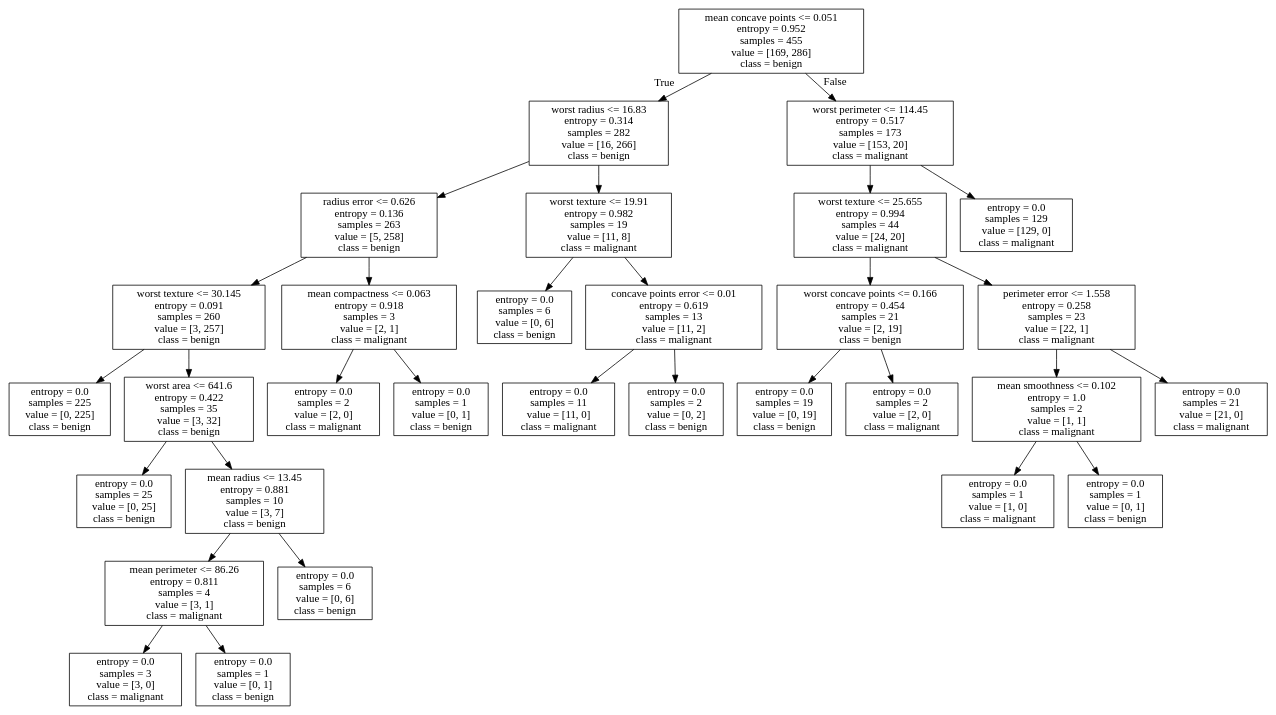
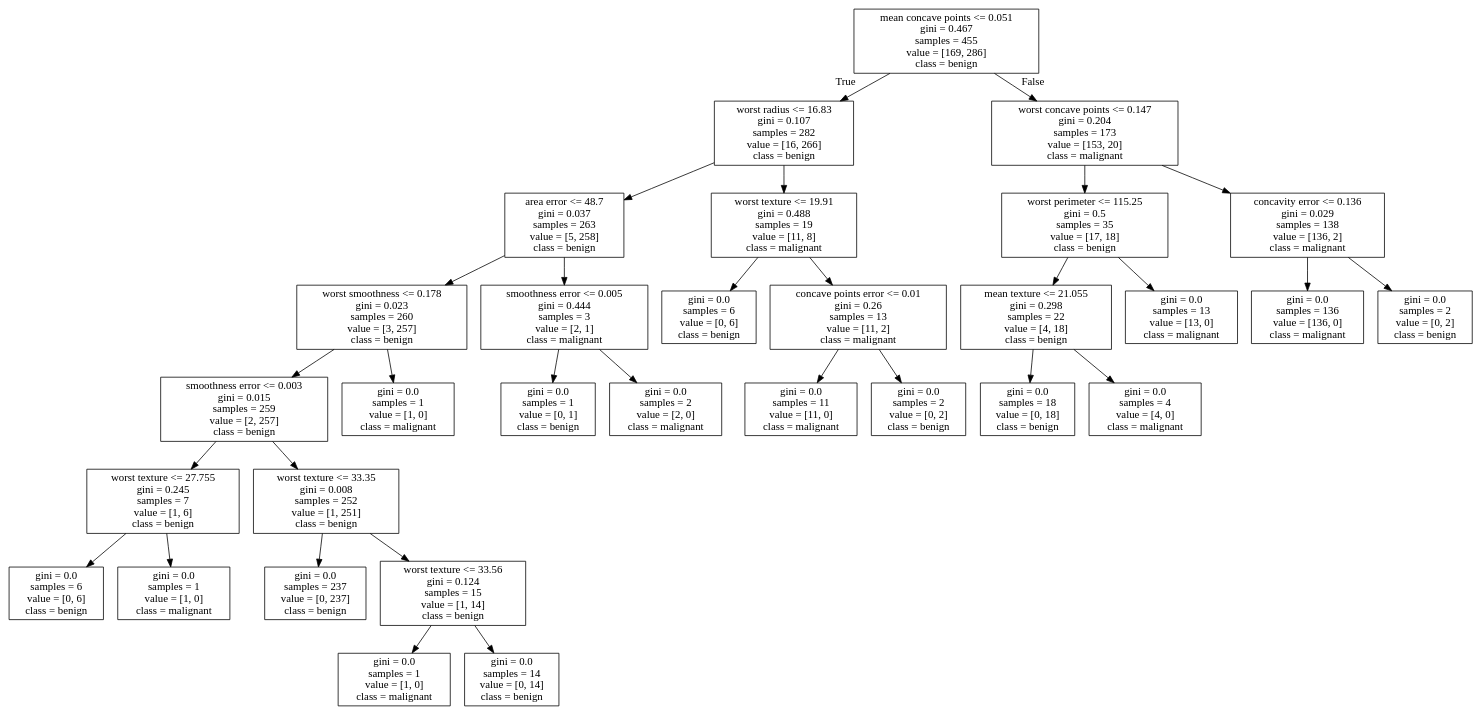
The diagram in P5_AplicacionML/tree.dot (Pedr0714/-CTE0156-holamundo), drawn with Graphviz before and after one commit. The commit also changed 1 other file, not shown here.

```diff
--- a/P5_AplicacionML/tree.dot
+++ b/P5_AplicacionML/tree.dot
@@ -1,64 +1,64 @@
 digraph Tree {
 node [shape=box] ;
-0 [label="mean concave points <= 0.051\nentropy = 0.952\nsamples = 455\nvalue = [169, 286]\nclass = benign"] ;
-1 [label="worst radius <= 16.83\nentropy = 0.314\nsamples = 282\nvalue = [16, 266]\nclass = benign"] ;
+0 [label="mean concave points <= 0.051\ngini = 0.467\nsamples = 455\nvalue = [169, 286]\nclass = benign"] ;
+1 [label="worst radius <= 16.83\ngini = 0.107\nsamples = 282\nvalue = [16, 266]\nclass = benign"] ;
 0 -> 1 [labeldistance=2.5, labelangle=45, headlabel="True"] ;
-2 [label="radius error <= 0.626\nentropy = 0.136\nsamples = 263\nvalue = [5, 258]\nclass = benign"] ;
+2 [label="area error <= 48.7\ngini = 0.037\nsamples = 263\nvalue = [5, 258]\nclass = benign"] ;
 1 -> 2 ;
-3 [label="worst texture <= 30.145\nentropy = 0.091\nsamples = 260\nvalue = [3, 257]\nclass = benign"] ;
+3 [label="worst smoothness <= 0.178\ngini = 0.023\nsamples = 260\nvalue = [3, 257]\nclass = benign"] ;
 2 -> 3 ;
-4 [label="entropy = 0.0\nsamples = 225\nvalue = [0, 225]\nclass = benign"] ;
+4 [label="smoothness error <= 0.003\ngini = 0.015\nsamples = 259\nvalue = [2, 257]\nclass = benign"] ;
 3 -> 4 ;
-5 [label="worst area <= 641.6\nentropy = 0.422\nsamples = 35\nvalue = [3, 32]\nclass = benign"] ;
-3 -> 5 ;
-6 [label="entropy = 0.0\nsamples = 25\nvalue = [0, 25]\nclass = benign"] ;
+5 [label="worst texture <= 27.755\ngini = 0.245\nsamples = 7\nvalue = [1, 6]\nclass = benign"] ;
+4 -> 5 ;
+6 [label="gini = 0.0\nsamples = 6\nvalue = [0, 6]\nclass = benign"] ;
 5 -> 6 ;
-7 [label="mean radius <= 13.45\nentropy = 0.881\nsamples = 10\nvalue = [3, 7]\nclass = benign"] ;
+7 [label="gini = 0.0\nsamples = 1\nvalue = [1, 0]\nclass = malignant"] ;
 5 -> 7 ;
-8 [label="mean perimeter <= 86.26\nentropy = 0.811\nsamples = 4\nvalue = [3, 1]\nclass = malignant"] ;
-7 -> 8 ;
-9 [label="entropy = 0.0\nsamples = 3\nvalue = [3, 0]\nclass = malignant"] ;
+8 [label="worst texture <= 33.35\ngini = 0.008\nsamples = 252\nvalue = [1, 251]\nclass = benign"] ;
+4 -> 8 ;
+9 [label="gini = 0.0\nsamples = 237\nvalue = [0, 237]\nclass = benign"] ;
 8 -> 9 ;
-10 [label="entropy = 0.0\nsamples = 1\nvalue = [0, 1]\nclass = benign"] ;
+10 [label="worst texture <= 33.56\ngini = 0.124\nsamples = 15\nvalue = [1, 14]\nclass = benign"] ;
 8 -> 10 ;
-11 [label="entropy = 0.0\nsamples = 6\nvalue = [0, 6]\nclass = benign"] ;
-7 -> 11 ;
-12 [label="mean compactness <= 0.063\nentropy = 0.918\nsamples = 3\nvalue = [2, 1]\nclass = malignant"] ;
-2 -> 12 ;
-13 [label="entropy = 0.0\nsamples = 2\nvalue = [2, 0]\nclass = malignant"] ;
-12 -> 13 ;
-14 [label="entropy = 0.0\nsamples = 1\nvalue = [0, 1]\nclass = benign"] ;
-12 -> 14 ;
-15 [label="worst texture <= 19.91\nentropy = 0.982\nsamples = 19\nvalue = [11, 8]\nclass = malignant"] ;
-1 -> 15 ;
-16 [label="entropy = 0.0\nsamples = 6\nvalue = [0, 6]\nclass = benign"] ;
-15 -> 16 ;
-17 [label="concave points error <= 0.01\nentropy = 0.619\nsamples = 13\nvalue = [11, 2]\nclass = malignant"] ;
-15 -> 17 ;
-18 [label="entropy = 0.0\nsamples = 11\nvalue = [11, 0]\nclass = malignant"] ;
+11 [label="gini = 0.0\nsamples = 1\nvalue = [1, 0]\nclass = malignant"] ;
+10 -> 11 ;
+12 [label="gini = 0.0\nsamples = 14\nvalue = [0, 14]\nclass = benign"] ;
+10 -> 12 ;
+13 [label="gini = 0.0\nsamples = 1\nvalue = [1, 0]\nclass = malignant"] ;
+3 -> 13 ;
+14 [label="smoothness error <= 0.005\ngini = 0.444\nsamples = 3\nvalue = [2, 1]\nclass = malignant"] ;
+2 -> 14 ;
+15 [label="gini = 0.0\nsamples = 1\nvalue = [0, 1]\nclass = benign"] ;
+14 -> 15 ;
+16 [label="gini = 0.0\nsamples = 2\nvalue = [2, 0]\nclass = malignant"] ;
+14 -> 16 ;
+17 [label="worst texture <= 19.91\ngini = 0.488\nsamples = 19\nvalue = [11, 8]\nclass = malignant"] ;
+1 -> 17 ;
+18 [label="gini = 0.0\nsamples = 6\nvalue = [0, 6]\nclass = benign"] ;
 17 -> 18 ;
-19 [label="entropy = 0.0\nsamples = 2\nvalue = [0, 2]\nclass = benign"] ;
+19 [label="concave points error <= 0.01\ngini = 0.26\nsamples = 13\nvalue = [11, 2]\nclass = malignant"] ;
 17 -> 19 ;
-20 [label="worst perimeter <= 114.45\nentropy = 0.517\nsamples = 173\nvalue = [153, 20]\nclass = malignant"] ;
-0 -> 20 [labeldistance=2.5, labelangle=-45, headlabel="False"] ;
-21 [label="worst texture <= 25.655\nentropy = 0.994\nsamples = 44\nvalue = [24, 20]\nclass = malignant"] ;
-20 -> 21 ;
-22 [label="worst concave points <= 0.166\nentropy = 0.454\nsamples = 21\nvalue = [2, 19]\nclass = benign"] ;
-21 -> 22 ;
-23 [label="entropy = 0.0\nsamples = 19\nvalue = [0, 19]\nclass = benign"] ;
+20 [label="gini = 0.0\nsamples = 11\nvalue = [11, 0]\nclass = malignant"] ;
+19 -> 20 ;
+21 [label="gini = 0.0\nsamples = 2\nvalue = [0, 2]\nclass = benign"] ;
+19 -> 21 ;
+22 [label="worst concave points <= 0.147\ngini = 0.204\nsamples = 173\nvalue = [153, 20]\nclass = malignant"] ;
+0 -> 22 [labeldistance=2.5, labelangle=-45, headlabel="False"] ;
+23 [label="worst perimeter <= 115.25\ngini = 0.5\nsamples = 35\nvalue = [17, 18]\nclass = benign"] ;
 22 -> 23 ;
-24 [label="entropy = 0.0\nsamples = 2\nvalue = [2, 0]\nclass = malignant"] ;
-22 -> 24 ;
-25 [label="perimeter error <= 1.558\nentropy = 0.258\nsamples = 23\nvalue = [22, 1]\nclass = malignant"] ;
-21 -> 25 ;
-26 [label="mean smoothness <= 0.102\nentropy = 1.0\nsamples = 2\nvalue = [1, 1]\nclass = malignant"] ;
-25 -> 26 ;
-27 [label="entropy = 0.0\nsamples = 1\nvalue = [1, 0]\nclass = malignant"] ;
-26 -> 27 ;
-28 [label="entropy = 0.0\nsamples = 1\nvalue = [0, 1]\nclass = benign"] ;
-26 -> 28 ;
-29 [label="entropy = 0.0\nsamples = 21\nvalue = [21, 0]\nclass = malignant"] ;
-25 -> 29 ;
-30 [label="entropy = 0.0\nsamples = 129\nvalue = [129, 0]\nclass = malignant"] ;
-20 -> 30 ;
+24 [label="mean texture <= 21.055\ngini = 0.298\nsamples = 22\nvalue = [4, 18]\nclass = benign"] ;
+23 -> 24 ;
+25 [label="gini = 0.0\nsamples = 18\nvalue = [0, 18]\nclass = benign"] ;
+24 -> 25 ;
+26 [label="gini = 0.0\nsamples = 4\nvalue = [4, 0]\nclass = malignant"] ;
+24 -> 26 ;
+27 [label="gini = 0.0\nsamples = 13\nvalue = [13, 0]\nclass = malignant"] ;
+23 -> 27 ;
+28 [label="concavity error <= 0.136\ngini = 0.029\nsamples = 138\nvalue = [136, 2]\nclass = malignant"] ;
+22 -> 28 ;
+29 [label="gini = 0.0\nsamples = 136\nvalue = [136, 0]\nclass = malignant"] ;
+28 -> 29 ;
+30 [label="gini = 0.0\nsamples = 2\nvalue = [0, 2]\nclass = benign"] ;
+28 -> 30 ;
 }
```
